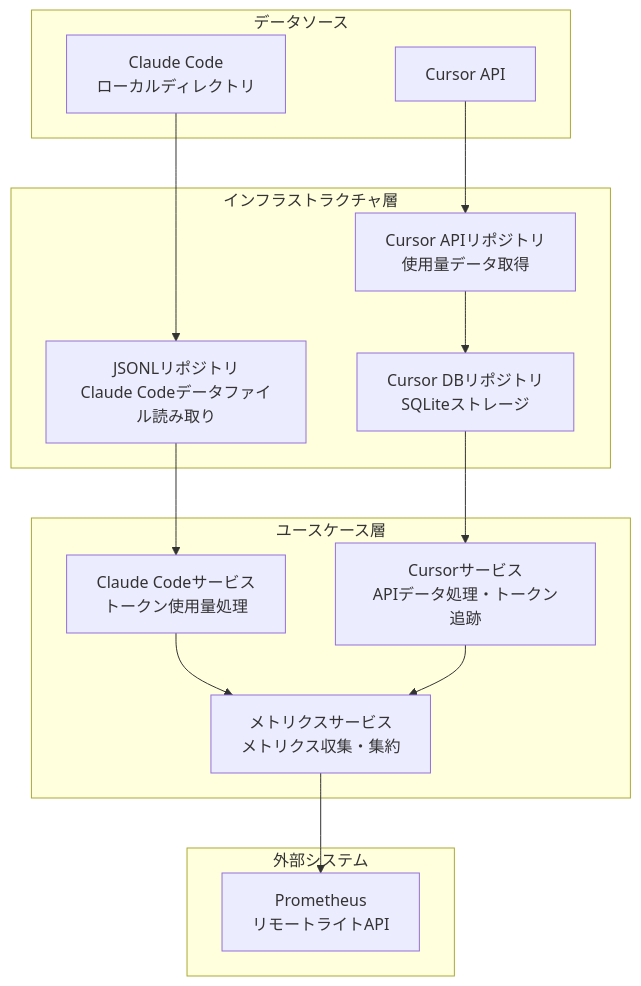
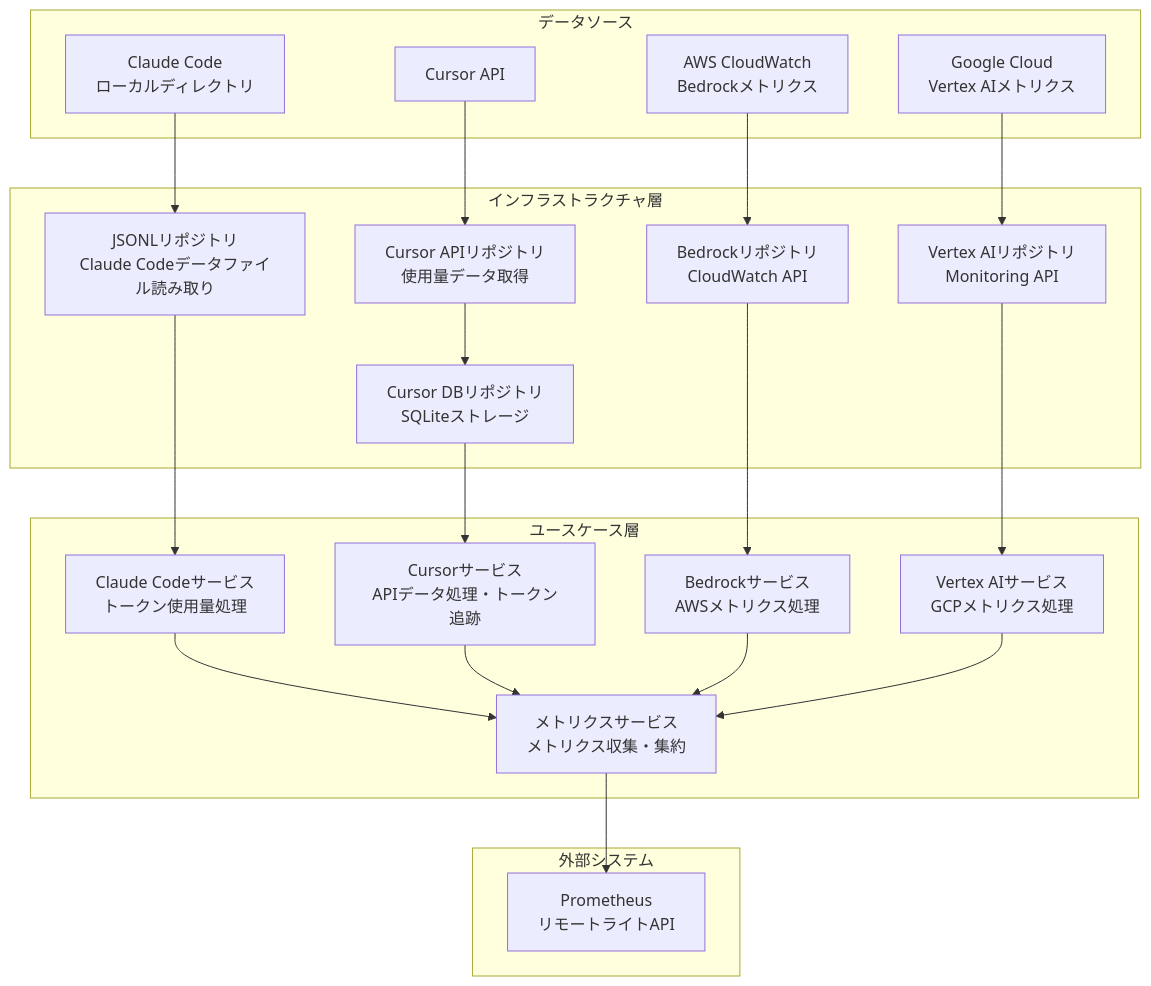
One commit to ca-srg/tosage changed the diagram in README_JA.md. Above: the diagram before and after it, drawn with Mermaid. The commit also changed other lines of this file and 29 other files, not shown here.

````diff
--- a/README_JA.md
+++ b/README_JA.md
@@ -18,32 +21,44 @@
 ```mermaid
 flowchart TD
     subgraph "データソース"
         CC[Claude Code<br/>ローカルディレクトリ]
         CA[Cursor API]
+        AWSCW[AWS CloudWatch<br/>Bedrockメトリクス]
+        GCPM[Google Cloud<br/>Vertex AIメトリクス]
     end
     
     subgraph "インフラストラクチャ層"
         JSONL[JSONLリポジトリ<br/>Claude Codeデータファイル読み取り]
         CAPI[Cursor APIリポジトリ<br/>使用量データ取得]
         CDB[Cursor DBリポジトリ<br/>SQLiteストレージ]
+        BR[Bedrockリポジトリ<br/>CloudWatch API]
+        VAR[Vertex AIリポジトリ<br/>Monitoring API]
     end
     
     subgraph "ユースケース層"
         CCS[Claude Codeサービス<br/>トークン使用量処理]
         CS[Cursorサービス<br/>APIデータ処理・トークン追跡]
+        BS[Bedrockサービス<br/>AWSメトリクス処理]
+        VAS[Vertex AIサービス<br/>GCPメトリクス処理]
         MS[メトリクスサービス<br/>メトリクス収集・集約]
     end
     
     subgraph "外部システム"
         PROM[Prometheus<br/>リモートライトAPI]
     end
     
     CC --> JSONL
     CA --> CAPI
+    AWSCW --> BR
+    GCPM --> VAR
     JSONL --> CCS
     CAPI --> CDB
     CDB --> CS
+    BR --> BS
+    VAR --> VAS
     CCS --> MS
     CS --> MS
+    BS --> MS
+    VAS --> MS
     MS --> PROM
 ```
````
